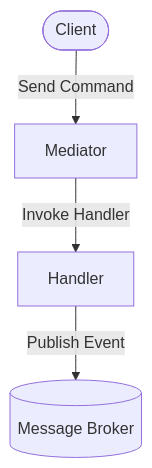
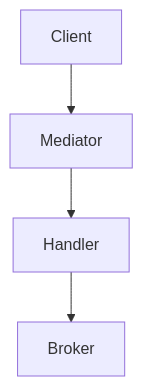
The first of 2 diagrams in README.md (ArmandRicheletKleinberg/Ark.Alliance.Core.Mediator), drawn with Mermaid before and after one commit. The commit also changed other lines of this file, not shown here.

````diff
--- a/README.md
+++ b/README.md
@@ -135,6 +126,6 @@
 ```mermaid
 flowchart TD
-    Client([Client]) -->|Send Command| Mediator
-    Mediator -->|Invoke Handler| Handler
-    Handler -->|Publish Event| Broker[(Message Broker)]
+    Client --> Mediator
+    Mediator --> Handler
+    Handler --> Broker
 ```
````
